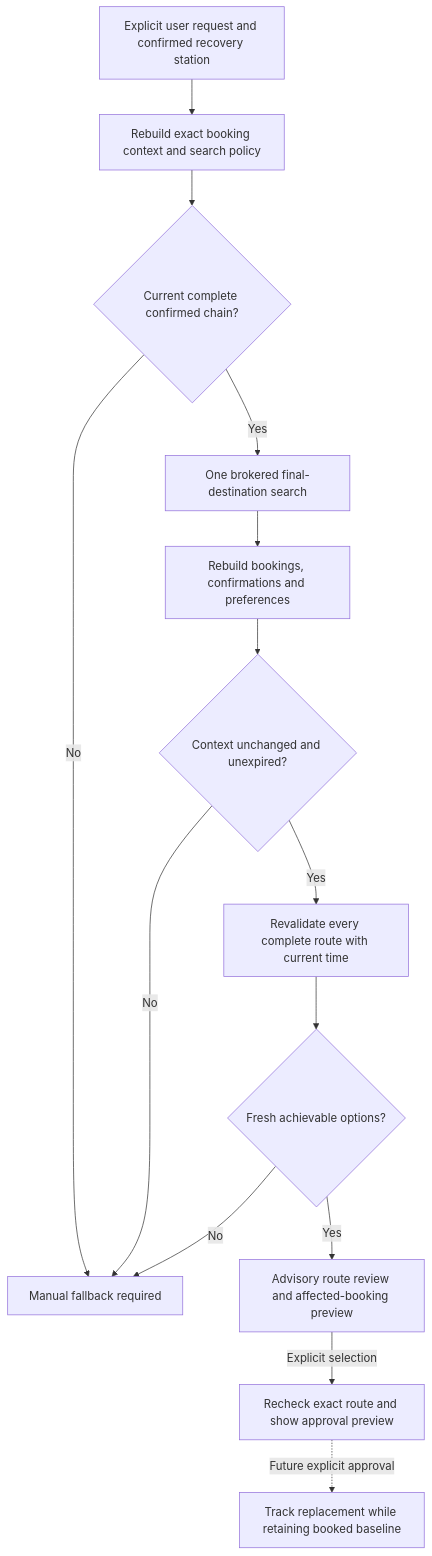
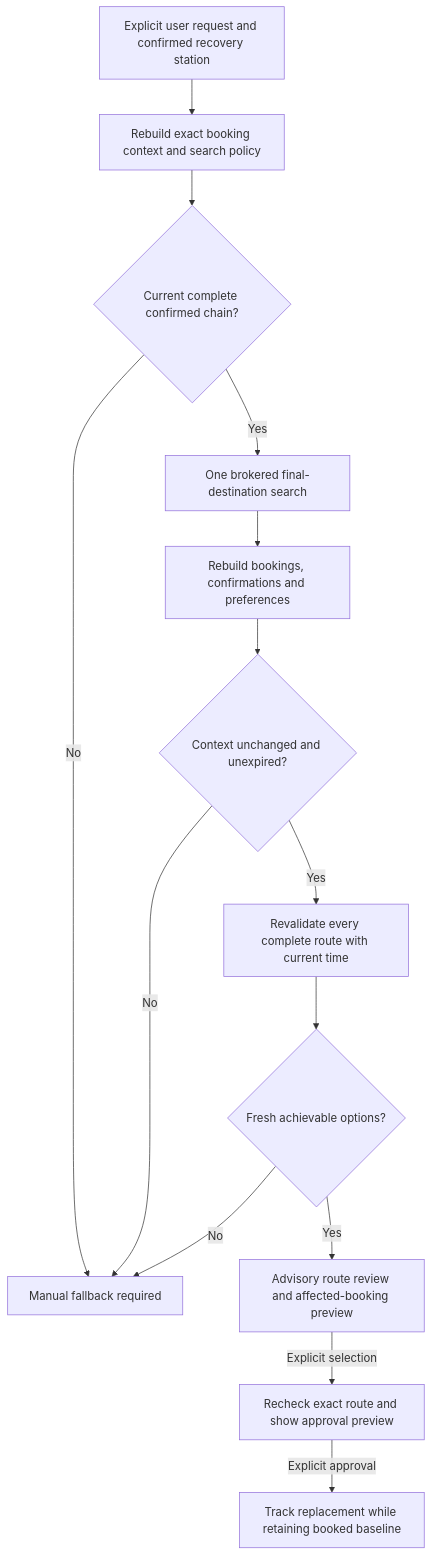
One commit to stevesherry123/ha-uk-journey-guardian changed the diagram in docs/RECOVERY_REVIEW.md. Above: the diagram before and after it, drawn with Mermaid. The commit also changed other lines of this file and 16 other files, not shown here.

First line of the commit message:
Approve and track replacement rail routes across restarts

````diff
--- a/docs/RECOVERY_REVIEW.md
+++ b/docs/RECOVERY_REVIEW.md
@@ -36,16 +37,16 @@
 ```mermaid
 flowchart TD
     A[Explicit user request and confirmed recovery station] --> B[Rebuild exact booking context and search policy]
     B --> C{Current complete confirmed chain?}
     C -->|No| M[Manual fallback required]
     C -->|Yes| D[One brokered final-destination search]
     D --> E[Rebuild bookings, confirmations and preferences]
     E --> F{Context unchanged and unexpired?}
     F -->|No| M
     F -->|Yes| G[Revalidate every complete route with current time]
     G --> H{Fresh achievable options?}
     H -->|No| M
     H -->|Yes| I[Advisory route review and affected-booking preview]
     I -->|Explicit selection| J[Recheck exact route and show approval preview]
-    J -. Future explicit approval .-> K[Track replacement while retaining booked baseline]
+    J -->|Explicit approval| K[Track replacement while retaining booked baseline]
 ```
````
